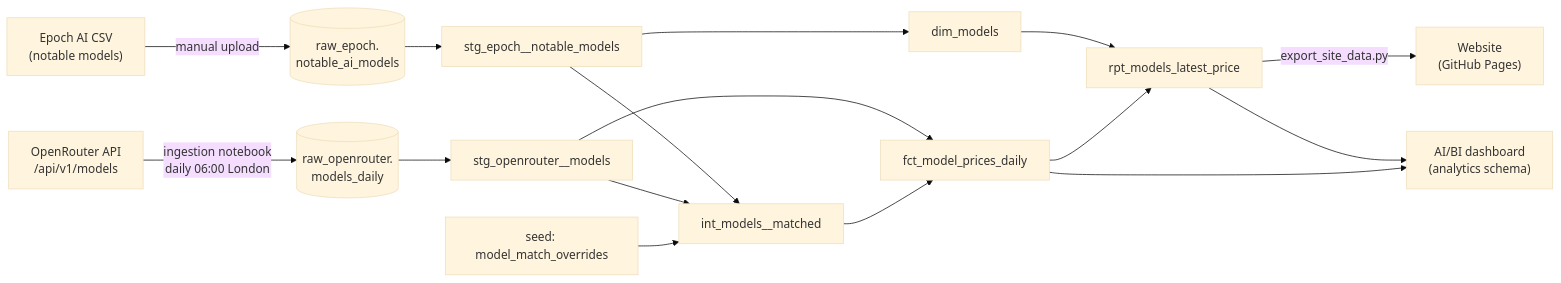
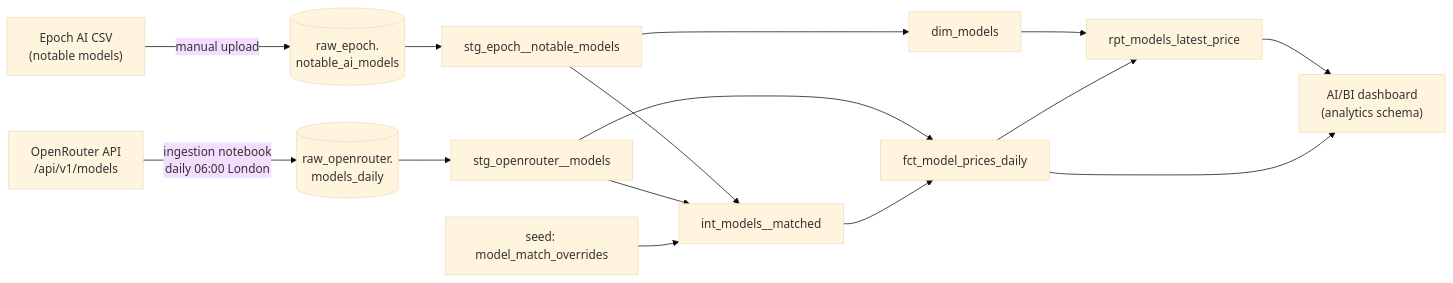
The first of 2 diagrams in README.md (Nicholas-create/dbt-databricks-sandbox), drawn with Mermaid (base theme) before and after one commit. The commit also changed other lines of this file and 35 other files, not shown here.

````diff
--- a/README.md
+++ b/README.md
@@ -44,23 +45,22 @@
 ```mermaid
 flowchart LR
     epoch_csv["Epoch AI CSV<br/>(notable models)"] -->|manual upload| raw_epoch[("raw_epoch.<br/>notable_ai_models")]
     or_api["OpenRouter API<br/>/api/v1/models"] -->|"ingestion notebook<br/>daily 06:00 London"| raw_or[("raw_openrouter.<br/>models_daily")]
 
     raw_epoch --> stg_epoch["stg_epoch__notable_models"]
     raw_or --> stg_or["stg_openrouter__models"]
 
     stg_epoch --> int_matched["int_models__matched"]
     stg_or --> int_matched
     seed["seed: model_match_overrides"] --> int_matched
 
     stg_epoch --> dim["dim_models"]
     stg_or --> fct["fct_model_prices_daily"]
     int_matched --> fct
 
     dim --> rpt["rpt_models_latest_price"]
     fct --> rpt
 
-    rpt -->|export_site_data.py| site["Website<br/>(GitHub Pages)"]
     rpt --> dash["AI/BI dashboard<br/>(analytics schema)"]
     fct --> dash
 ```
````
